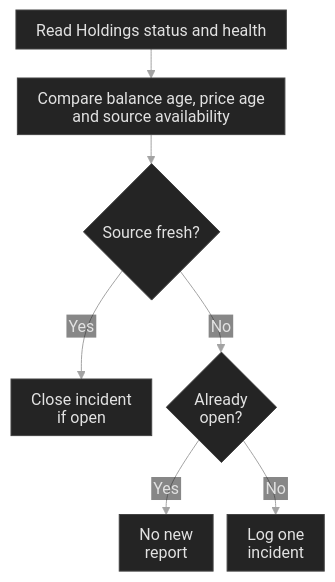
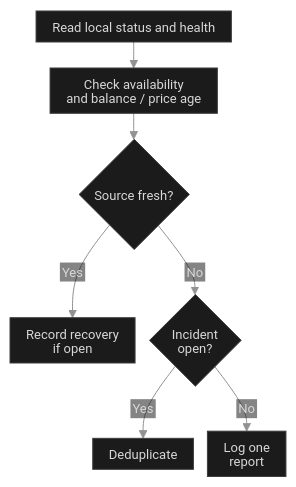
The diagram in diagrams/holdings-compact.mmd (kazuall/finance-process-portfolio), drawn with Mermaid before and after one commit. The commit also changed 43 other files, not shown here.

```diff
--- a/diagrams/holdings-compact.mmd
+++ b/diagrams/holdings-compact.mmd
@@ -1,35 +1,35 @@
 ---
 config:
   theme: base
   htmlLabels: false
   themeVariables:
     darkMode: true
-    background: '#101010'
+    background: '#0a0a0a'
     fontFamily: 'Inter, -apple-system, BlinkMacSystemFont, Segoe UI, sans-serif'
-    fontSize: '16px'
-    primaryColor: '#242424'
-    primaryTextColor: '#e2e2e2'
-    primaryBorderColor: '#434343'
-    lineColor: '#a3a3a3'
-    edgeLabelBackground: '#101010'
-    textColor: '#cdcdcd'
+    fontSize: '13px'
+    primaryColor: '#1b1b1b'
+    primaryTextColor: '#d8d8d8'
+    primaryBorderColor: '#3c3c3c'
+    lineColor: '#929292'
+    edgeLabelBackground: '#0a0a0a'
+    textColor: '#d8d8d8'
   flowchart:
     htmlLabels: false
     useMaxWidth: false
     nodeSpacing: 14
-    rankSpacing: 29
-    wrappingWidth: 245
-    padding: 10
+    rankSpacing: 26
+    wrappingWidth: 220
+    padding: 8
     diagramPadding: 5
     curve: basis
-  themeCSS: 'text,tspan{font-family:system-ui,sans-serif!important}.node rect.label-container{rx:3px;ry:3px}.node rect,.node polygon,.flowchart-link{stroke-width:1px!important}.edgeLabel .labelBkg{fill:#101010!important;opacity:1!important}.edgeLabel text{fill:#c4c4c4!important}'
+  themeCSS: 'text,tspan{font-family:system-ui,sans-serif!important;font-weight:400!important}.node rect.label-container{rx:3px;ry:3px}.node rect,.node polygon,.flowchart-link{stroke-width:.85px!important}.edgeLabel .labelBkg{fill:#0a0a0a!important;opacity:1!important}.edgeLabel text{fill:#bebebe!important}'
 ---
 flowchart TB
   accTitle: Holdings freshness pilot
   accDescr: A manual check reads Holdings status and source timestamps. A new incident produces one local report. Repeat observations are deduplicated. A healthy reading closes an open incident or leaves the log untouched.
-  api["Read Holdings status and health"] --> times["Compare balance age, price age<br/>and source availability"]
+  api["Read local status and health"] --> times["Check availability<br/>and balance / price age"]
   times --> state{"Source fresh?"}
-  state -->|Yes| close["Close incident<br/>if open"]
-  state -->|No| prior{"Already<br/>open?"}
-  prior -->|Yes| same["No new<br/>report"]
-  prior -->|No| log["Log one<br/>incident"]
+  state -->|Yes| close["Record recovery<br/>if open"]
+  state -->|No| prior{"Incident<br/>open?"}
+  prior -->|Yes| same["Deduplicate"]
+  prior -->|No| log["Log one<br/>report"]
```
